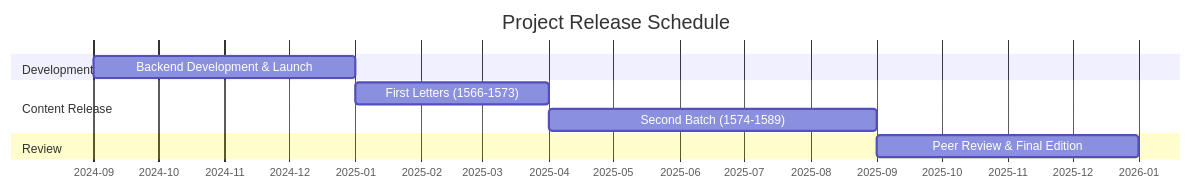
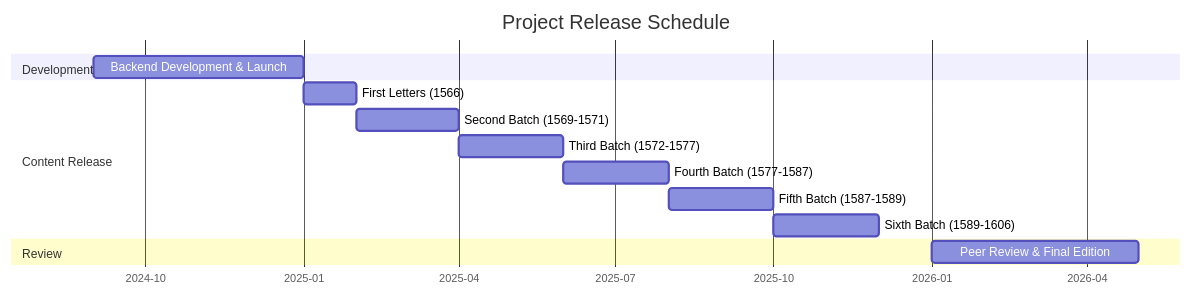
The diagram in README.md (Pantagrueliste/CavrianaCorr), drawn with Mermaid before and after one commit.

````diff
--- a/README.md
+++ b/README.md
@@ -29,16 +29,21 @@
 ```mermaid
 gantt
     title Project Release Schedule
     dateFormat YYYY-MM
     axisFormat %Y-%m
     
     section Development
     Backend Development & Launch :2024-09, 2025-01
     
     section Content Release
-    First Letters (1566-1573)    :2025-01, 2025-04
-    Second Batch (1574-1589)     :2025-04, 2025-09
+    
+    First Letters (1566)         :2025-01, 2025-02
+    Second Batch (1569-1571)     :2025-02, 2025-04
+    Third Batch (1572-1577)      :2025-04, 2025-06
+    Fourth Batch (1577-1587)     :2025-06, 2025-08
+    Fifth Batch (1587-1589)      :2025-08, 2025-10
+    Sixth Batch (1589-1606)      :2025-10, 2025-12
     
     section Review
-    Peer Review & Final Edition  :2025-09, 2026-01
+    Peer Review & Final Edition  :2026-01, 2026-05
 ```
````
